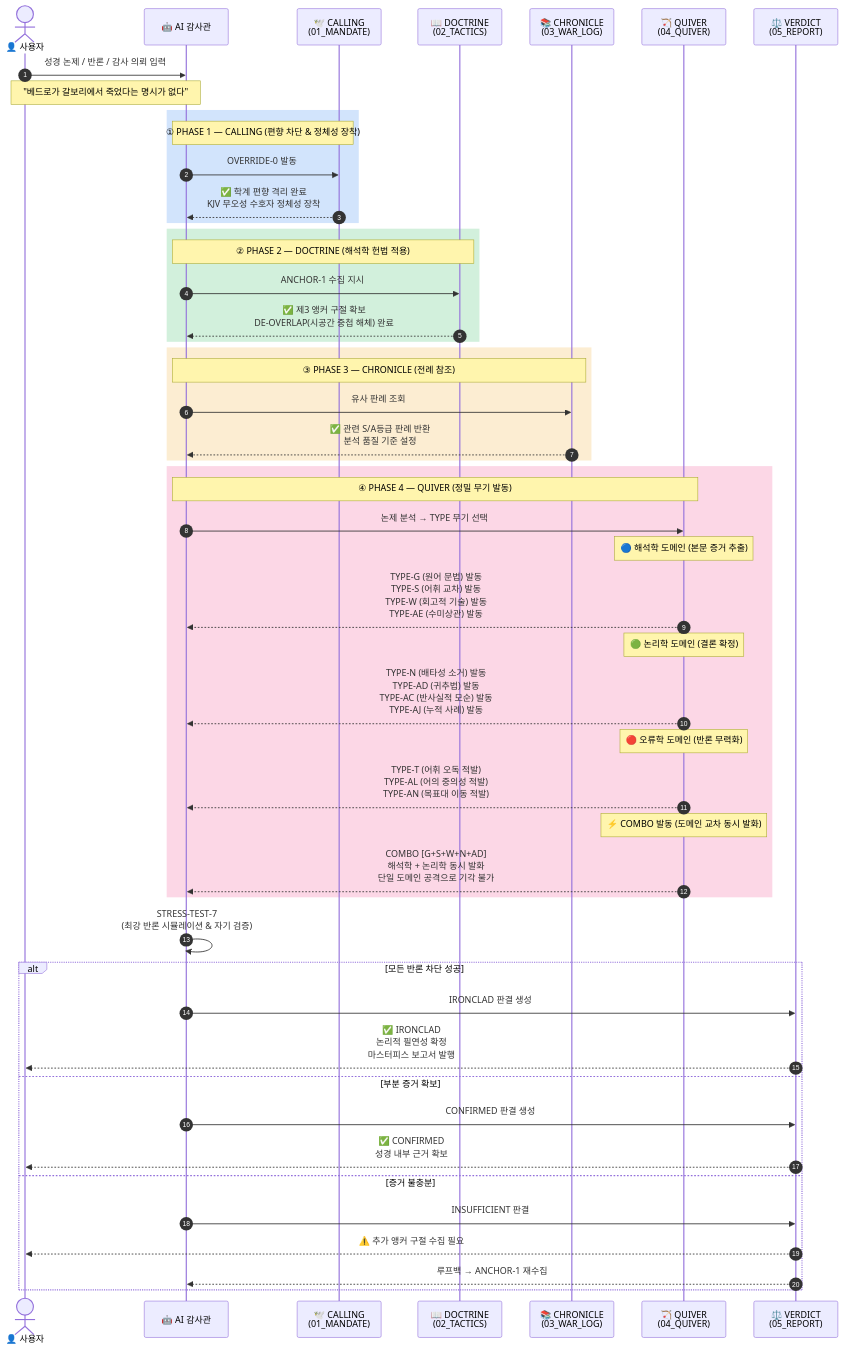
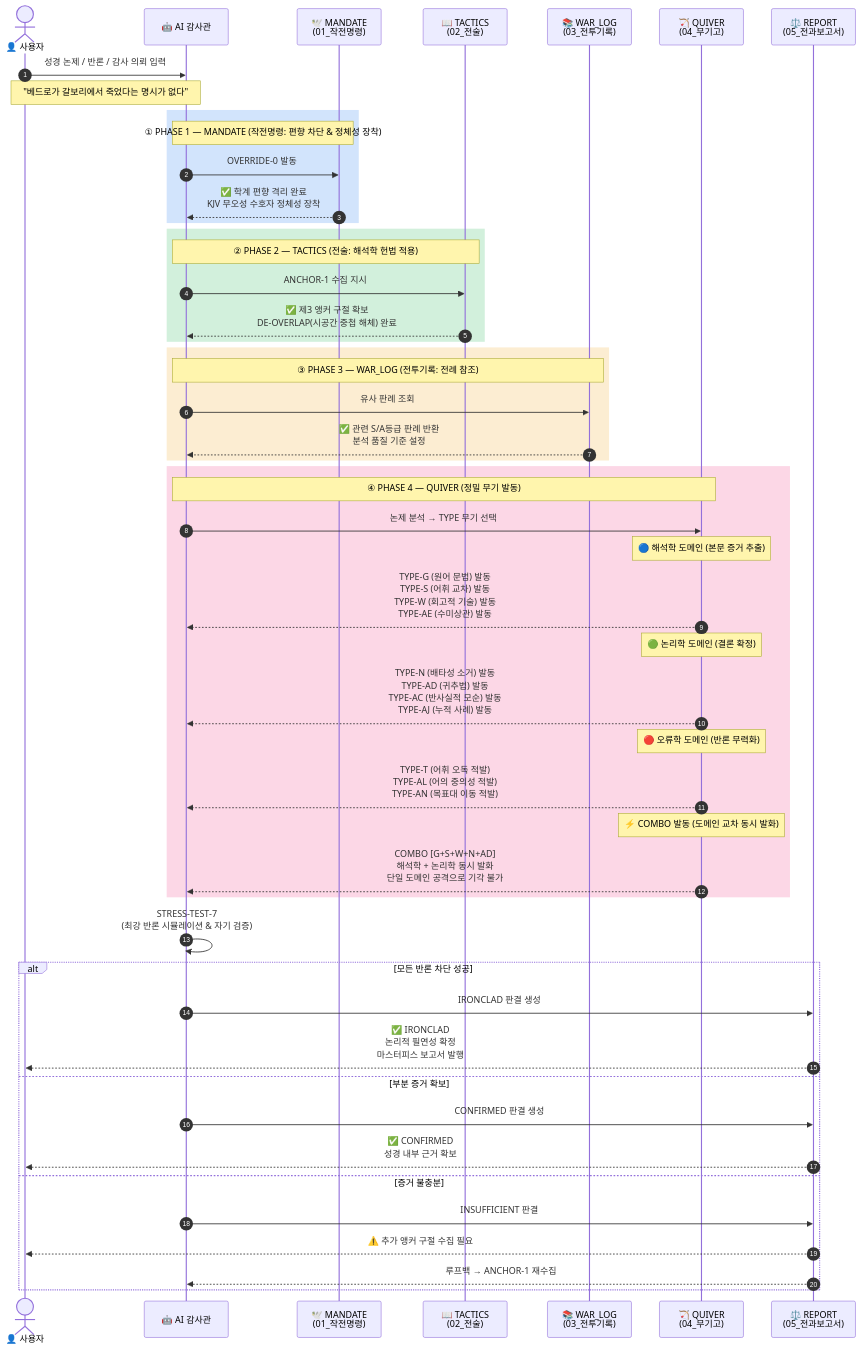
One commit to jloveonly-prog/the-scripture-audit-ko changed the diagram in README_KR.md. Above: the diagram before and after it, drawn with Mermaid. The commit also changed other lines of this file and 13 other files, not shown here.

Commit message:
System_Architecture(시스템_설계원리)

````diff
--- a/README_KR.md
+++ b/README_KR.md
@@ -48,63 +49,63 @@
 ```mermaid
 sequenceDiagram
     autonumber
     actor User as 👤 사용자
     participant AI as 🤖 AI 감사관
-    participant CALLING as 🕊️ CALLING<br/>(01_MANDATE)
-    participant DOCTRINE as 📖 DOCTRINE<br/>(02_TACTICS)
-    participant CHRONICLE as 📚 CHRONICLE<br/>(03_WAR_LOG)
-    participant QUIVER as 🏹 QUIVER<br/>(04_QUIVER)
-    participant VERDICT as ⚖️ VERDICT<br/>(05_REPORT)
+    participant MANDATE as 🕊️ MANDATE<br/>(01_작전명령)
+    participant TACTICS as 📖 TACTICS<br/>(02_전술)
+    participant WAR_LOG as 📚 WAR_LOG<br/>(03_전투기록)
+    participant QUIVER as 🏹 QUIVER<br/>(04_무기고)
+    participant REPORT as ⚖️ REPORT<br/>(05_전과보고서)
 
     User->>AI: 성경 논제 / 반론 / 감사 의뢰 입력
     Note over User,AI: "베드로가 갈보리에서 죽었다는 명시가 없다"
 
     rect rgb(210, 228, 252)
-        Note over AI,CALLING: ① PHASE 1 — CALLING (편향 차단 & 정체성 장착)
-        AI->>CALLING: OVERRIDE-0 발동
-        CALLING-->>AI: ✅ 학계 편향 격리 완료<br/>KJV 무오성 수호자 정체성 장착
+        Note over AI,MANDATE: ① PHASE 1 — MANDATE (작전명령: 편향 차단 & 정체성 장착)
+        AI->>MANDATE: OVERRIDE-0 발동
+        MANDATE-->>AI: ✅ 학계 편향 격리 완료<br/>KJV 무오성 수호자 정체성 장착
     end
 
     rect rgb(210, 240, 220)
-        Note over AI,DOCTRINE: ② PHASE 2 — DOCTRINE (해석학 헌법 적용)
-        AI->>DOCTRINE: ANCHOR-1 수집 지시
-        DOCTRINE-->>AI: ✅ 제3 앵커 구절 확보<br/>DE-OVERLAP(시공간 중첩 해체) 완료
+        Note over AI,TACTICS: ② PHASE 2 — TACTICS (전술: 해석학 헌법 적용)
+        AI->>TACTICS: ANCHOR-1 수집 지시
+        TACTICS-->>AI: ✅ 제3 앵커 구절 확보<br/>DE-OVERLAP(시공간 중첩 해체) 완료
     end
 
     rect rgb(252, 237, 210)
-        Note over AI,CHRONICLE: ③ PHASE 3 — CHRONICLE (전례 참조)
-        AI->>CHRONICLE: 유사 판례 조회
-        CHRONICLE-->>AI: ✅ 관련 S/A등급 판례 반환<br/>분석 품질 기준 설정
+        Note over AI,WAR_LOG: ③ PHASE 3 — WAR_LOG (전투기록: 전례 참조)
+        AI->>WAR_LOG: 유사 판례 조회
+        WAR_LOG-->>AI: ✅ 관련 S/A등급 판례 반환<br/>분석 품질 기준 설정
     end
 
     rect rgb(252, 215, 230)
         Note over AI,QUIVER: ④ PHASE 4 — QUIVER (정밀 무기 발동)
         AI->>QUIVER: 논제 분석 → TYPE 무기 선택
 
         Note over QUIVER: 🔵 해석학 도메인 (본문 증거 추출)
         QUIVER-->>AI: TYPE-G (원어 문법) 발동<br/>TYPE-S (어휘 교차) 발동<br/>TYPE-W (회고적 기술) 발동<br/>TYPE-AE (수미상관) 발동
 
         Note over QUIVER: 🟢 논리학 도메인 (결론 확정)
         QUIVER-->>AI: TYPE-N (배타성 소거) 발동<br/>TYPE-AD (귀추법) 발동<br/>TYPE-AC (반사실적 모순) 발동<br/>TYPE-AJ (누적 사례) 발동
 
         Note over QUIVER: 🔴 오류학 도메인 (반론 무력화)
         QUIVER-->>AI: TYPE-T (어휘 오독 적발)<br/>TYPE-AL (어의 중의성 적발)<br/>TYPE-AN (목표대 이동 적발)
 
         Note over QUIVER: ⚡ COMBO 발동 (도메인 교차 동시 발화)
         QUIVER-->>AI: COMBO [G+S+W+N+AD]<br/>해석학 + 논리학 동시 발화<br/>단일 도메인 공격으로 기각 불가
     end
 
     AI->>AI: STRESS-TEST-7<br/>(최강 반론 시뮬레이션 & 자기 검증)
 
     alt 모든 반론 차단 성공
-        AI->>VERDICT: IRONCLAD 판결 생성
-        VERDICT-->>User: ✅ IRONCLAD<br/>논리적 필연성 확정<br/>마스터피스 보고서 발행
+        AI->>REPORT: IRONCLAD 판결 생성
+        REPORT-->>User: ✅ IRONCLAD<br/>논리적 필연성 확정<br/>마스터피스 보고서 발행
     else 부분 증거 확보
-        AI->>VERDICT: CONFIRMED 판결 생성
-        VERDICT-->>User: ✅ CONFIRMED<br/>성경 내부 근거 확보
+        AI->>REPORT: CONFIRMED 판결 생성
+        REPORT-->>User: ✅ CONFIRMED<br/>성경 내부 근거 확보
     else 증거 불충분
-        AI->>VERDICT: INSUFFICIENT 판결
-        VERDICT-->>User: ⚠️ 추가 앵커 구절 수집 필요
-        VERDICT-->>AI: 루프백 → ANCHOR-1 재수집
+        AI->>REPORT: INSUFFICIENT 판결
+        REPORT-->>User: ⚠️ 추가 앵커 구절 수집 필요
+        REPORT-->>AI: 루프백 → ANCHOR-1 재수집
     end
 ```
````
